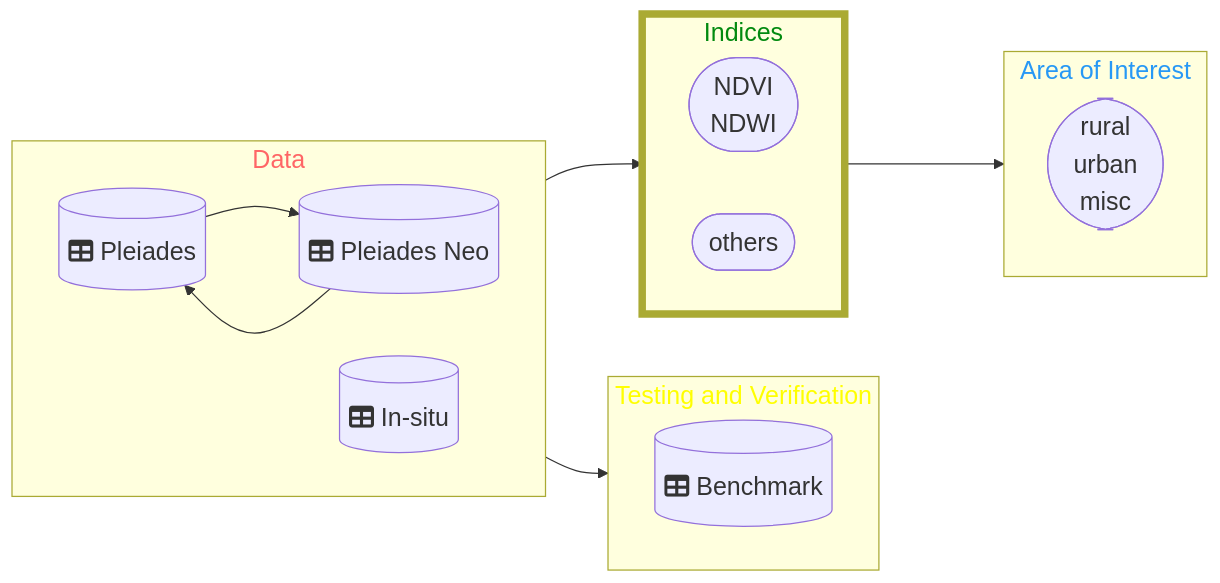
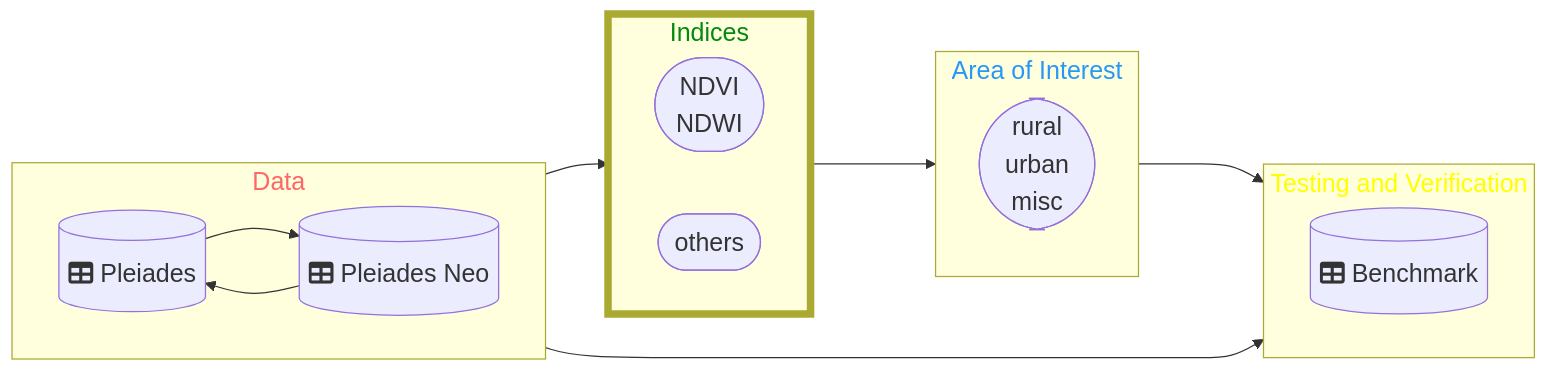
The diagram in Area-Features/README.md (DippoldEJ/Feature-Detection-and-Explanation), drawn with Mermaid before and after one commit.

````diff
--- a/Area-Features/README.md
+++ b/Area-Features/README.md
@@ -14,43 +14,43 @@
 ```mermaid
 flowchart LR;
 %%{init: {
 	'themeVariables': { 'fontSize': '20px', 'fontFamily': 'Didot'}
 	}
 }%%
 
  subgraph n[Data]
         direction LR
         h[(fa:fa-table Pleiades)]
         b[(fa:fa-table Pleiades Neo)]
-		s[(fa:fa-table In-situ)]
     end
 
  subgraph q[Testing and Verification]
         direction LR
         r[(fa:fa-table Benchmark)]
     end
 
  subgraph o[Indices]
         direction LR
         j([NDVI <br /> NDWI])
         m([others])
     end
 
 subgraph p[Area of Interest]
     a([rural <br /> urban  <br />  misc])
     end
 
 style n color:#f66
 style o stroke-width:6px
 style o color:#028A0F
 style p color:#2798F5
 style q color:#FFFF00
 
 n-->o
 o-->p
+o-->q
 n-->q
 
 h-->b
 b-->h
 
 ```
````
